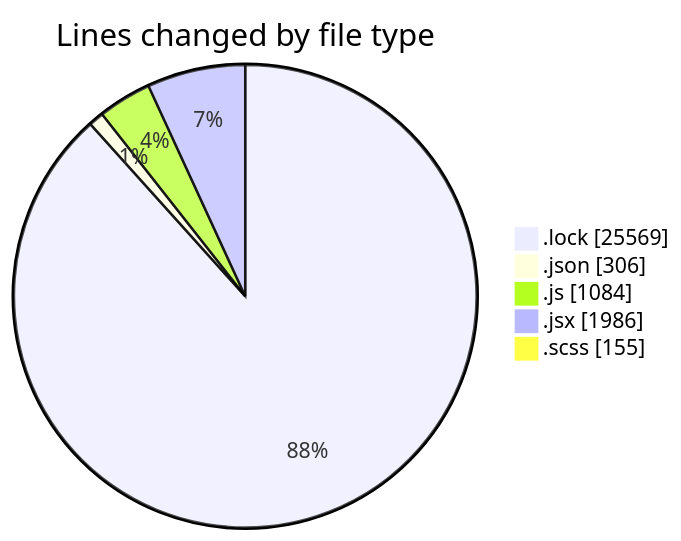
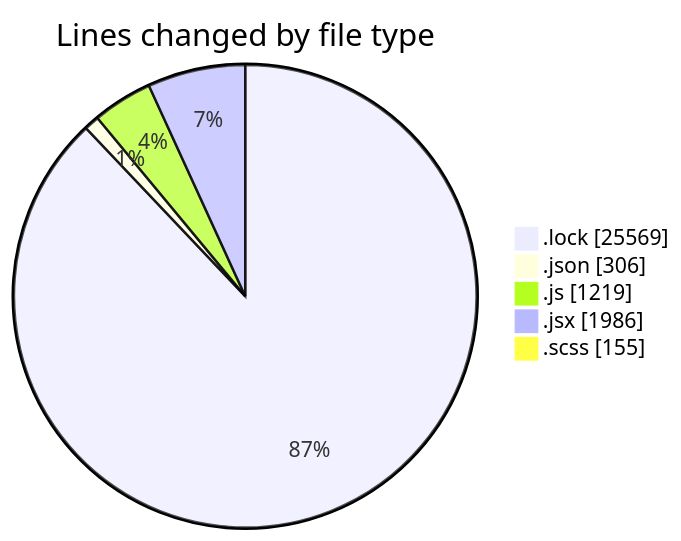
The first of 2 diagrams in 2026-01-07/cda/README.md (momahboobian/code-tracking), drawn with Mermaid before and after one commit. The commit also changed other lines of this file and 1 other file, not shown here.

````diff
--- a/2026-01-07/cda/README.md
+++ b/2026-01-07/cda/README.md
@@ -44,9 +46,9 @@
 ```mermaid
 pie showData
 title Lines changed by file type
 ".lock" : 25569
 ".json" : 306
-".js" : 1084
+".js" : 1219
 ".jsx" : 1986
 ".scss" : 155
 ```
````
